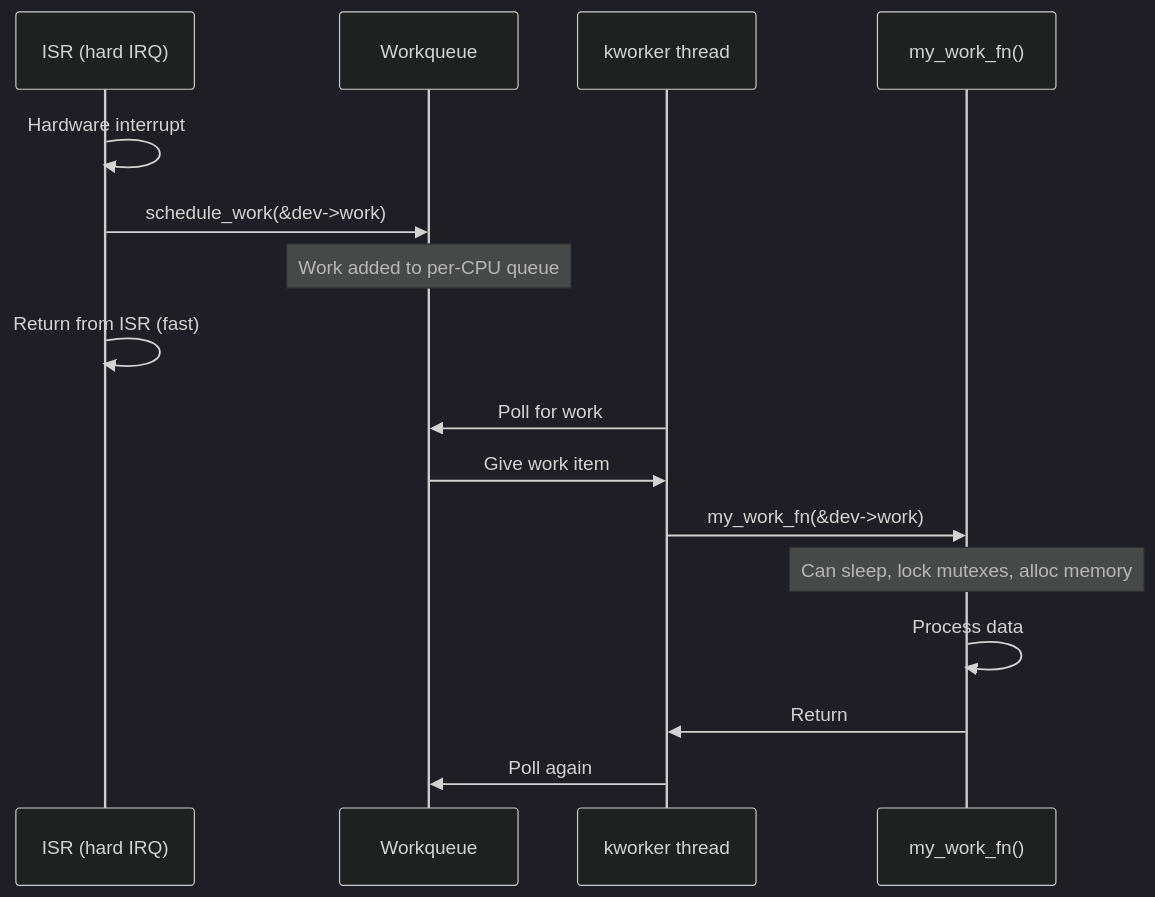
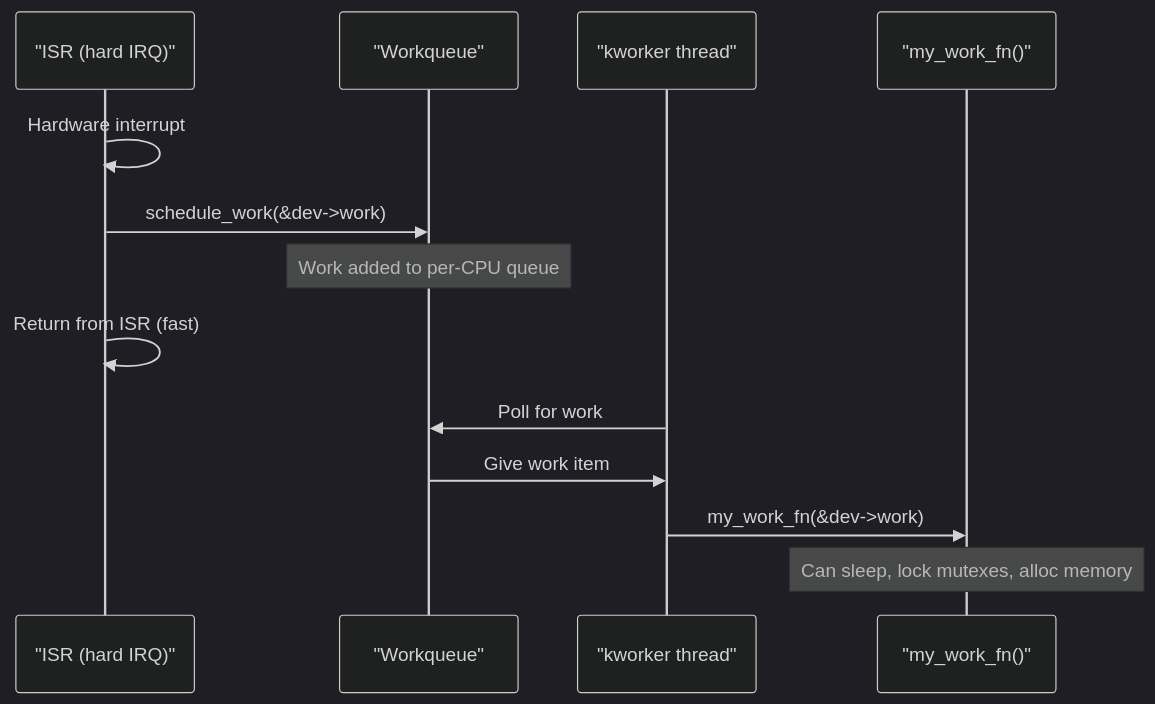
The diagram in 02_Understand_Linux_Kernel/07_Bottom_Halves_And_Deferring_Work/04_Work_Queues.md (nilprajapati97/03_Kernel_Explore), drawn with Mermaid (dark theme) before and after one commit. The commit also changed other lines of this file and 24 other files, not shown here.

````diff
--- a/02_Understand_Linux_Kernel/07_Bottom_Halves_And_Deferring_Work/04_Work_Queues.md
+++ b/02_Understand_Linux_Kernel/07_Bottom_Halves_And_Deferring_Work/04_Work_Queues.md
@@ -115,20 +115,16 @@
 ```mermaid
 sequenceDiagram
-    participant IRQ as ISR (hard IRQ)
-    participant WQ as Workqueue
-    participant Worker as kworker thread
-    participant Handler as my_work_fn()
+    participant IRQ as "ISR (hard IRQ)"
+    participant WQ as "Workqueue"
+    participant Worker as "kworker thread"
+    participant Handler as "my_work_fn()"
 
     IRQ->>IRQ: Hardware interrupt
     IRQ->>WQ: schedule_work(&dev->work)
     Note over WQ: Work added to per-CPU queue
     IRQ->>IRQ: Return from ISR (fast)
-    
     Worker->>WQ: Poll for work
     WQ->>Worker: Give work item
     Worker->>Handler: my_work_fn(&dev->work)
     Note over Handler: Can sleep, lock mutexes, alloc memory
-    Handler->>Handler: Process data
-    Handler->>Worker: Return
-    Worker->>WQ: Poll again
 ```
````
